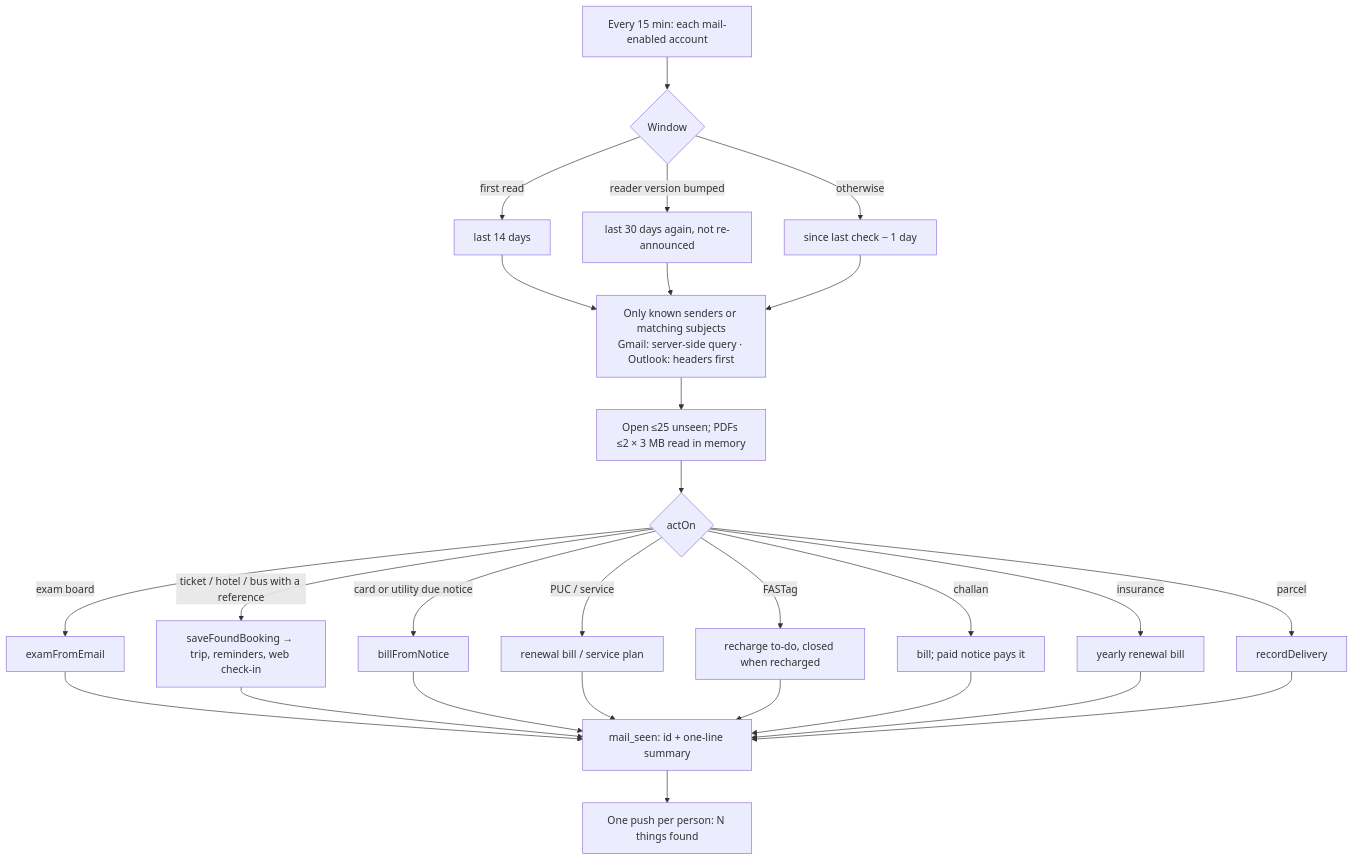
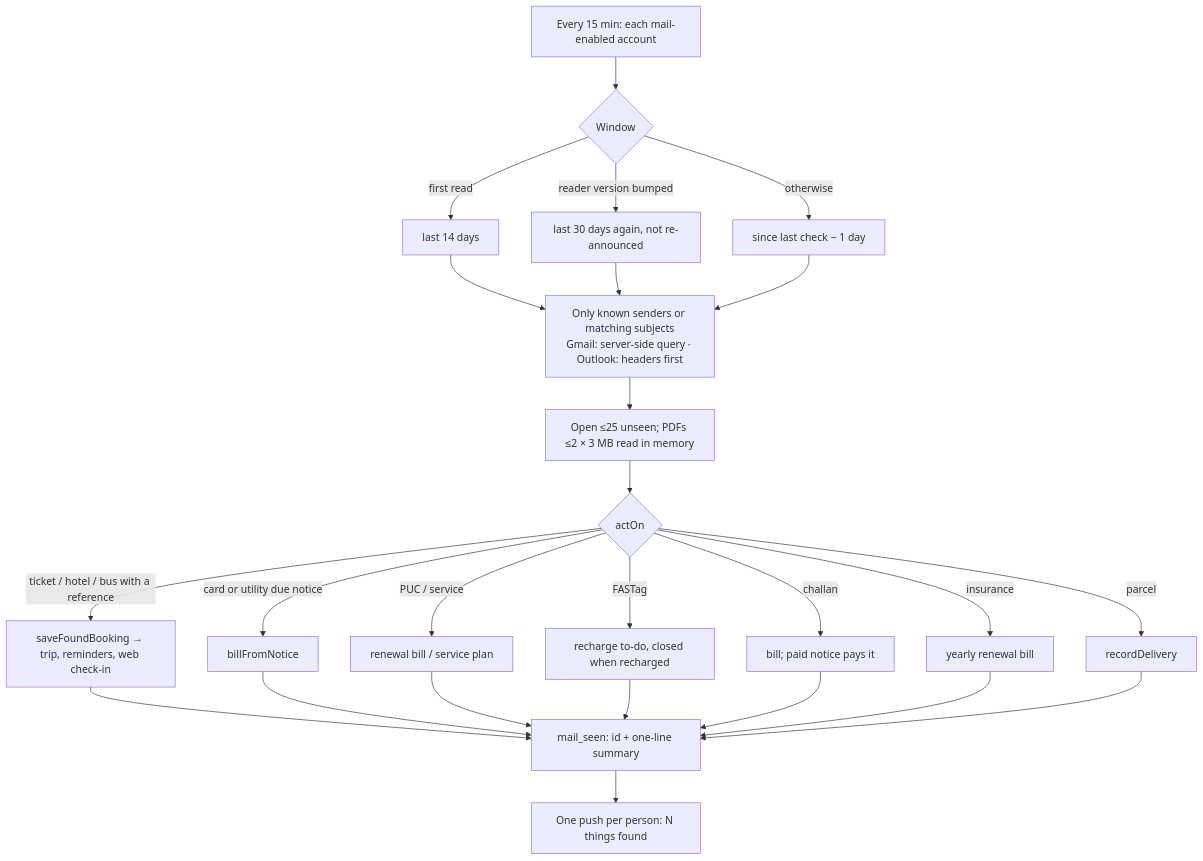
The fifth of 6 diagrams in docs/DEVELOPER.md (raghusince1998/cue), drawn with Mermaid before and after one commit. The commit also changed other lines of this file and 21 other files, not shown here.

````diff
--- a/docs/DEVELOPER.md
+++ b/docs/DEVELOPER.md
@@ -596,20 +548,19 @@
 ```mermaid
 flowchart TD
   A[Every 15 min: each mail-enabled account] --> B{Window}
   B -->|first read| B1[last 14 days]
   B -->|reader version bumped| B2[last 30 days again, not re-announced]
   B -->|otherwise| B3[since last check − 1 day]
   B1 & B2 & B3 --> C[Only known senders or matching subjects<br/>Gmail: server-side query · Outlook: headers first]
   C --> D[Open ≤25 unseen; PDFs ≤2 × 3 MB read in memory]
   D --> E{actOn}
-  E -->|exam board| X[examFromEmail]
   E -->|ticket / hotel / bus with a reference| T[saveFoundBooking → trip, reminders, web check-in]
   E -->|card or utility due notice| BL[billFromNotice]
   E -->|PUC / service| V[renewal bill / service plan]
   E -->|FASTag| F[recharge to-do, closed when recharged]
   E -->|challan| CH[bill; paid notice pays it]
   E -->|insurance| I[yearly renewal bill]
   E -->|parcel| DL[recordDelivery]
-  X & T & BL & V & F & CH & I & DL --> M[mail_seen: id + one-line summary]
+  T & BL & V & F & CH & I & DL --> M[mail_seen: id + one-line summary]
   M --> N[One push per person: N things found]
 ```
````
